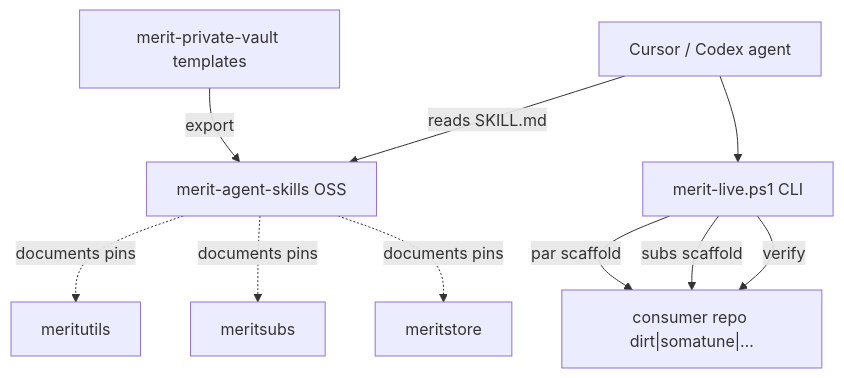
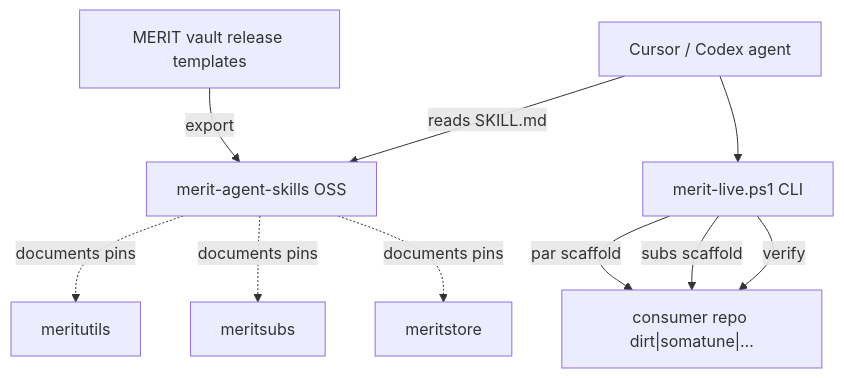
Before and after one commit to AgentDraven/merit-agent-skills: the diagram in docs/IAR/MERIT_AGENT_SKILLS_LLD_MAP.md, drawn with Mermaid. The commit also changed other lines of this file and 8 other files, not shown here.

````diff
--- a/docs/IAR/MERIT_AGENT_SKILLS_LLD_MAP.md
+++ b/docs/IAR/MERIT_AGENT_SKILLS_LLD_MAP.md
@@ -71,16 +71,16 @@
 ```mermaid
 flowchart TB
   SKILLS["merit-agent-skills OSS"]
   LIVE["merit-live.ps1 CLI"]
-  VAULT["merit-private-vault templates"]
+  VAULT["MERIT vault release templates"]
   AGENT["Cursor / Codex agent"]
   CONS["consumer repo dirt|somatune|…"]
 
   VAULT -->|export| SKILLS
   AGENT -->|reads SKILL.md| SKILLS
   AGENT --> LIVE
   LIVE -->|par scaffold| CONS
   LIVE -->|subs scaffold| CONS
   LIVE -->|verify| CONS
   SKILLS -.->|documents pins| meritutils & meritsubs & meritstore
 ```
````
